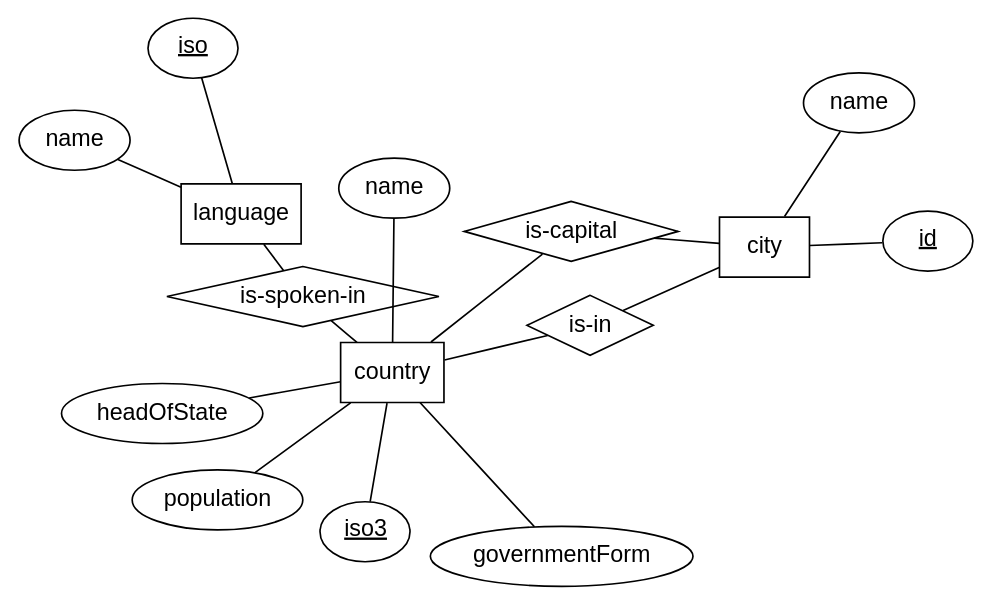
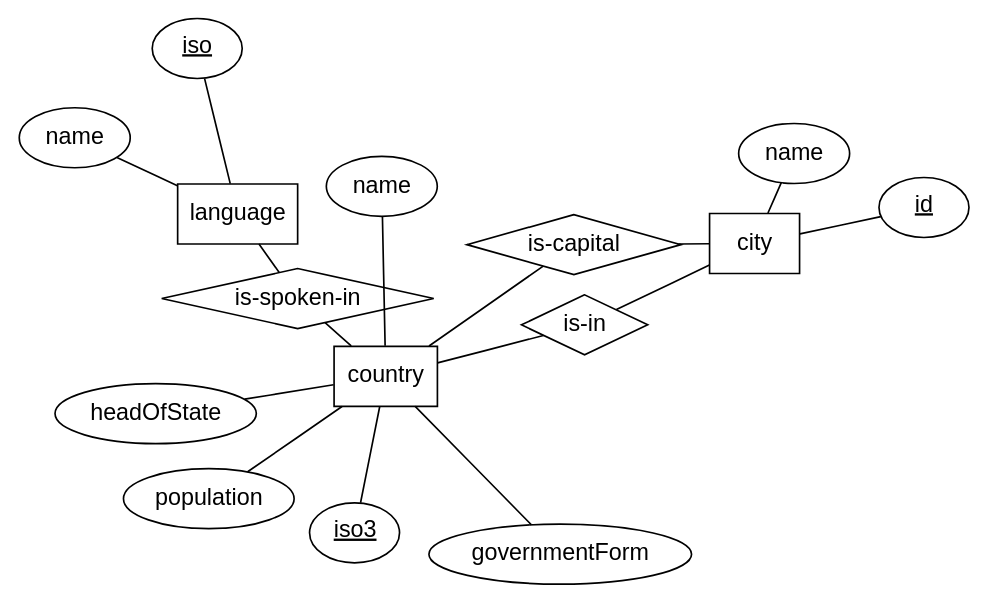
Before and after one commit to cristina-sirangelo/MA15Y030: the third of 12 diagrams in slides/Modelisation_1.qmd, drawn with Graphviz. The commit also changed other lines of this file and 35 other files, not shown here.

````diff
--- a/slides/Modelisation_1.qmd
+++ b/slides/Modelisation_1.qmd
@@ -192,32 +276,32 @@
 ```{dot}
-//| label: er3
+//| label: "er3-assoc"
 //| eval: true
 //| echo: false
 graph ER {
 	fontname="Helvetica,Arial,sans-serif"
 	node [fontname="Helvetica,Arial,sans-serif"]
 	edge [fontname="Helvetica,Arial,sans-serif"]
 	layout=fdp
 	node [shape=box]; country; city; language;
 	node [shape=ellipse]; {node [label="name"] name0; name1; name2;}
 		population; governmentForm; headOfState; {node [label=<<u>iso3</u>>] iso;};
     {node [label=<<u>id</u>>] id;}; {node [label=<<u>iso</u>>] isol;}
   node [shape=diamond];  "is-in" ; "is-spoken-in" ; "is-capital"
   
 	name0 -- country;
 	population -- country;
   governmentForm -- country; 
   headOfState -- country;
 	city -- name1;
 	language -- name2;
   country -- iso ;
   city -- id ;
   language -- isol ;
   city -- "is-in" ;
   "is-in" -- country ;
   city -- "is-capital" ;
   "is-capital" -- country ;
   language -- "is-spoken-in" ;
   "is-spoken-in" -- country ; 
 }
 ```
````
